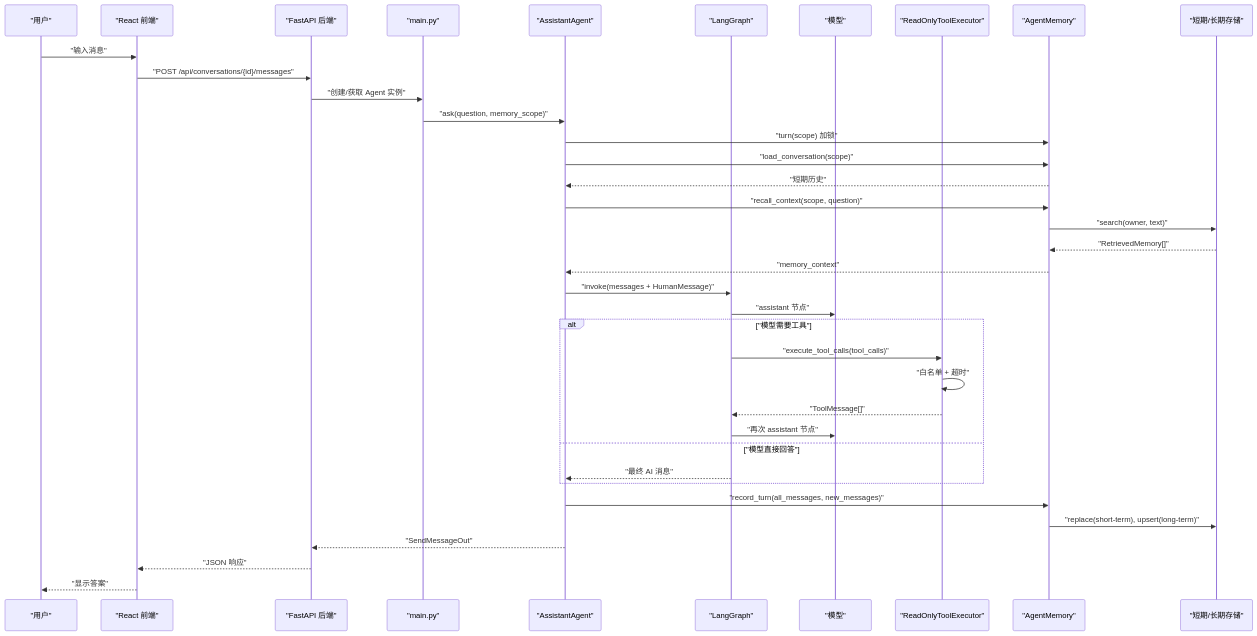
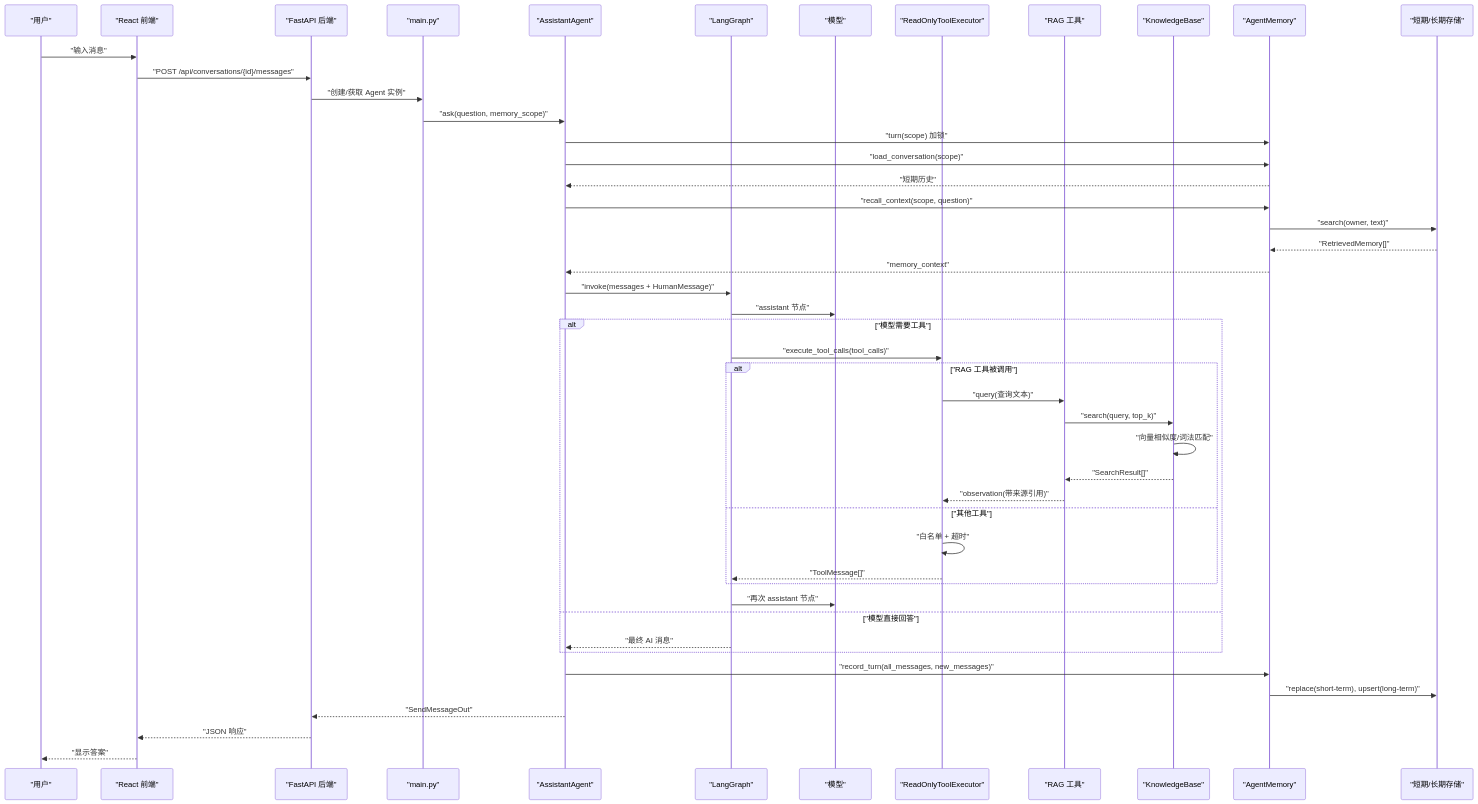
Before and after one commit to xyx1028/agentHelp: the second of 16 diagrams in .qoder/repowiki/zh/content/架构设计/架构设计.md, drawn with Mermaid. The commit also changed other lines of this file and 115 other files, not shown here.

````diff
--- a/.qoder/repowiki/zh/content/架构设计/架构设计.md
+++ b/.qoder/repowiki/zh/content/架构设计/架构设计.md
@@ -108,39 +132,49 @@
 ```mermaid
 sequenceDiagram
 participant User as "用户"
 participant WebUI as "React 前端"
 participant WebAPI as "FastAPI 后端"
 participant Main as "main.py"
 participant Agent as "AssistantAgent"
 participant Graph as "LangGraph"
 participant Model as "模型"
 participant Exec as "ReadOnlyToolExecutor"
+participant RAGTool as "RAG 工具"
+participant KB as "KnowledgeBase"
 participant Mem as "AgentMemory"
 participant Store as "短期/长期存储"
 User->>WebUI : "输入消息"
 WebUI->>WebAPI : "POST /api/conversations/{id}/messages"
 WebAPI->>Main : "创建/获取 Agent 实例"
 Main->>Agent : "ask(question, memory_scope)"
 Agent->>Mem : "turn(scope) 加锁"
 Agent->>Mem : "load_conversation(scope)"
 Mem-->>Agent : "短期历史"
 Agent->>Mem : "recall_context(scope, question)"
 Mem->>Store : "search(owner, text)"
 Store-->>Mem : "RetrievedMemory[]"
 Mem-->>Agent : "memory_context"
 Agent->>Graph : "invoke(messages + HumanMessage)"
 Graph->>Model : "assistant 节点"
 alt "模型需要工具"
 Graph->>Exec : "execute_tool_calls(tool_calls)"
+alt "RAG 工具被调用"
+Exec->>RAGTool : "query(查询文本)"
+RAGTool->>KB : "search(query, top_k)"
+KB->>KB : "向量相似度/词法匹配"
+KB-->>RAGTool : "SearchResult[]"
+RAGTool-->>Exec : "observation(带来源引用)"
+else "其他工具"
 Exec->>Exec : "白名单 + 超时"
 Exec-->>Graph : "ToolMessage[]"
+end
 Graph->>Model : "再次 assistant 节点"
 else "模型直接回答"
 Graph-->>Agent : "最终 AI 消息"
 end
 Agent->>Mem : "record_turn(all_messages, new_messages)"
 Mem->>Store : "replace(short-term), upsert(long-term)"
 Agent-->>WebAPI : "SendMessageOut"
 WebAPI-->>WebUI : "JSON 响应"
 WebUI-->>User : "显示答案"
 ```
````
